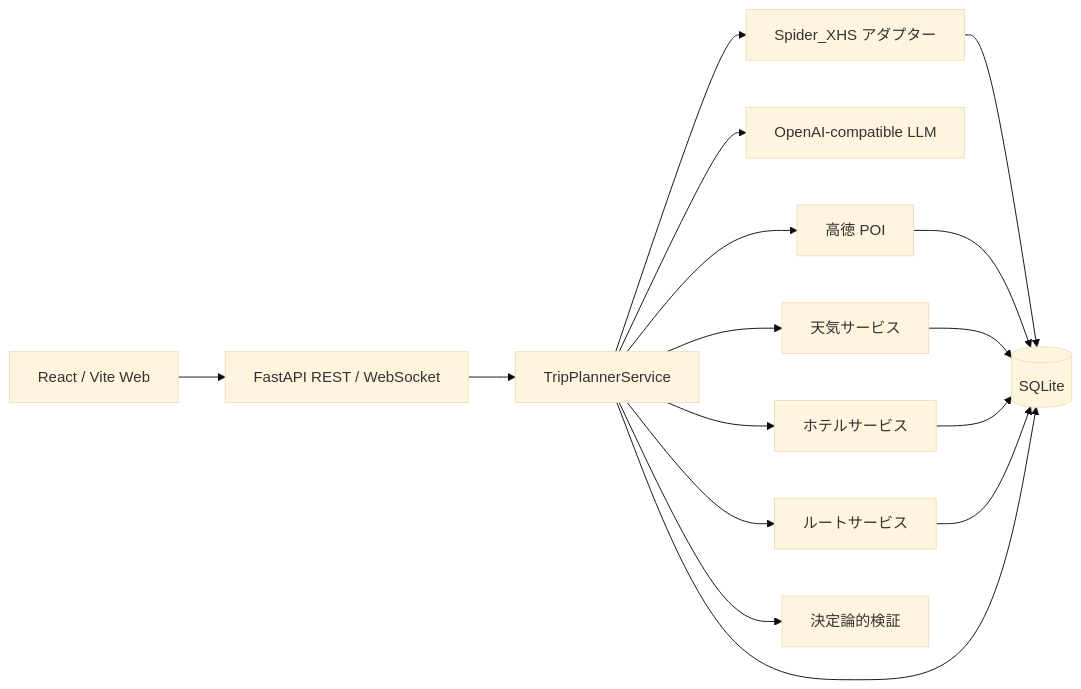
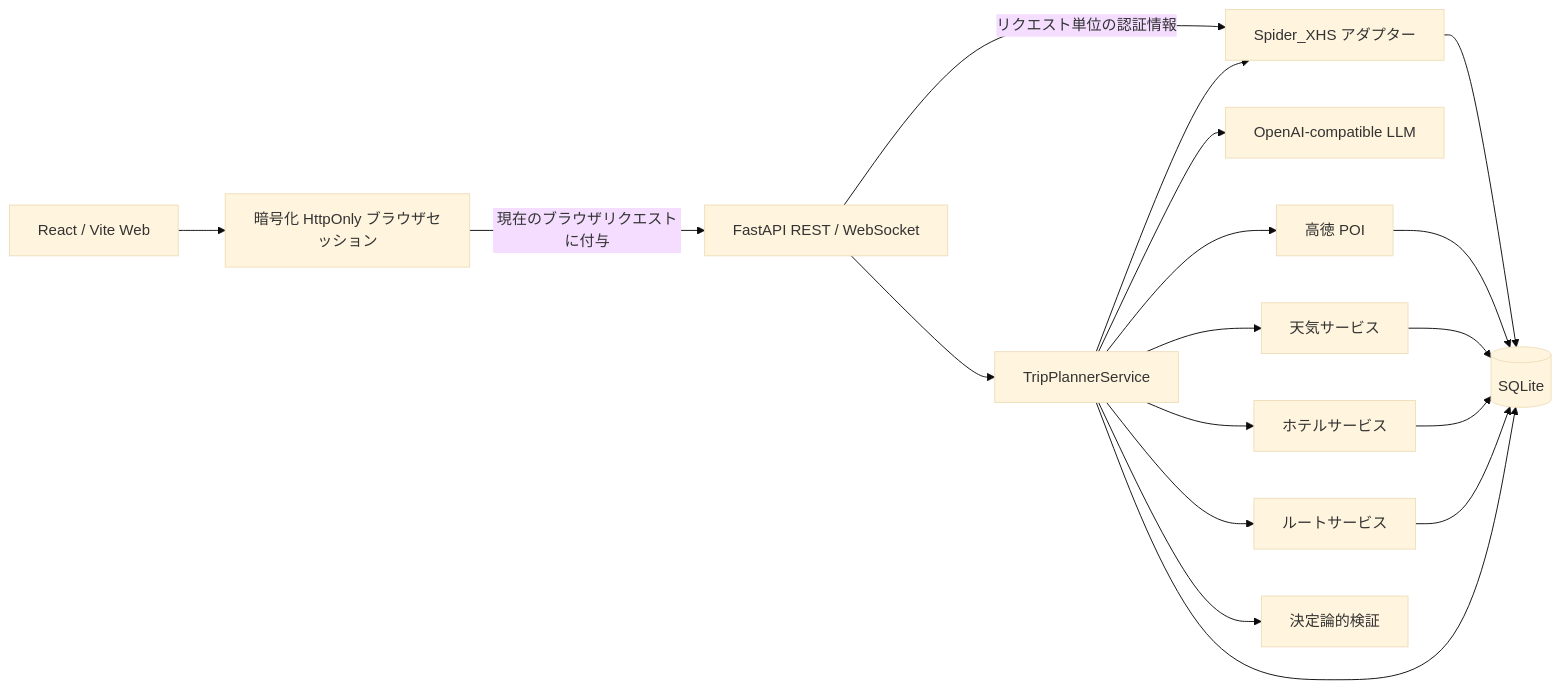
The second of 2 diagrams in README_ja.md (dolt-y/TravelMind-AI), drawn with Mermaid (base theme) before and after one commit. The commit also changed other lines of this file and 69 other files, not shown here.

````diff
--- a/README_ja.md
+++ b/README_ja.md
@@ -246,18 +254,20 @@
 ```mermaid
 flowchart LR
-    UI["React / Vite Web"] --> API["FastAPI REST / WebSocket"]
+    UI["React / Vite Web"] --> SESSION["暗号化 HttpOnly ブラウザセッション"]
+    SESSION -->|"現在のブラウザリクエストに付与"| API["FastAPI REST / WebSocket"]
     API --> ORCH["TripPlannerService"]
-    ORCH --> XHS["Spider_XHS アダプター"]
+    API -->|"リクエスト単位の認証情報"| XHS["Spider_XHS アダプター"]
+    ORCH --> XHS
     ORCH --> LLM["OpenAI-compatible LLM"]
     ORCH --> POI["高徳 POI"]
     ORCH --> WEATHER["天気サービス"]
     ORCH --> HOTEL["ホテルサービス"]
     ORCH --> ROUTE["ルートサービス"]
     ORCH --> VALIDATE["決定論的検証"]
     XHS --> DB[("SQLite")]
     POI --> DB
     WEATHER --> DB
     HOTEL --> DB
     ROUTE --> DB
     ORCH --> DB
 ```
````
